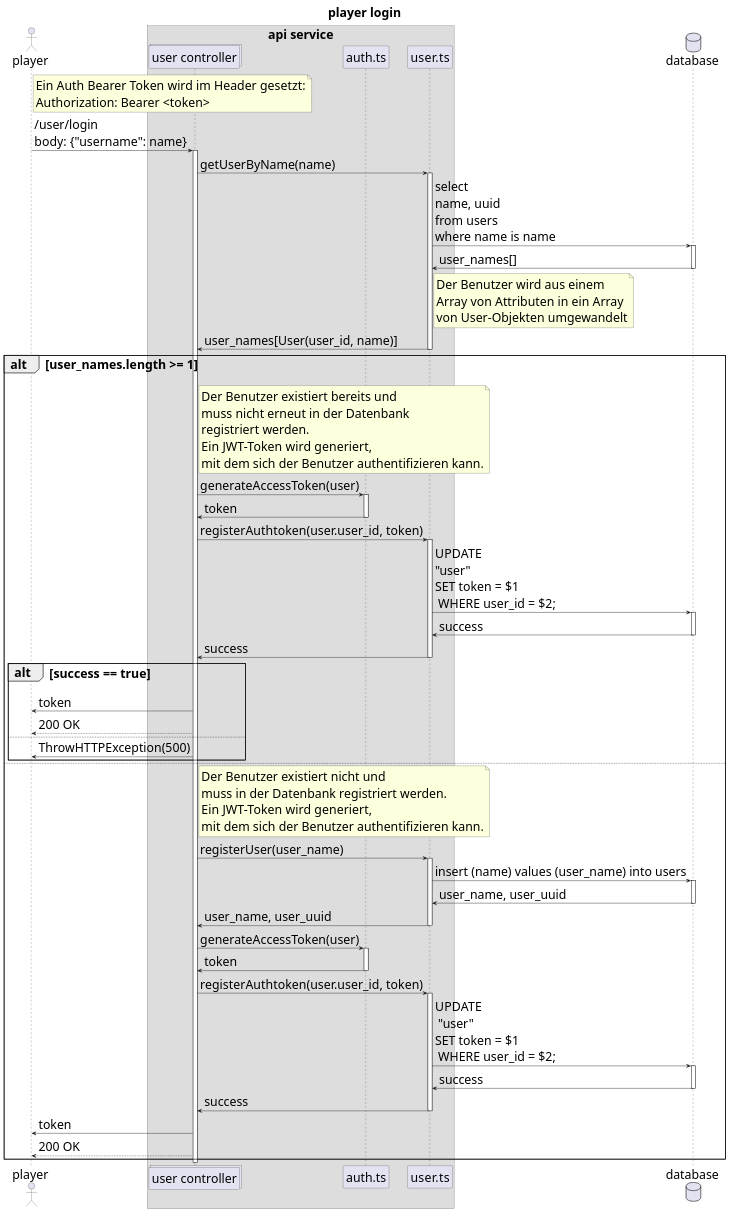
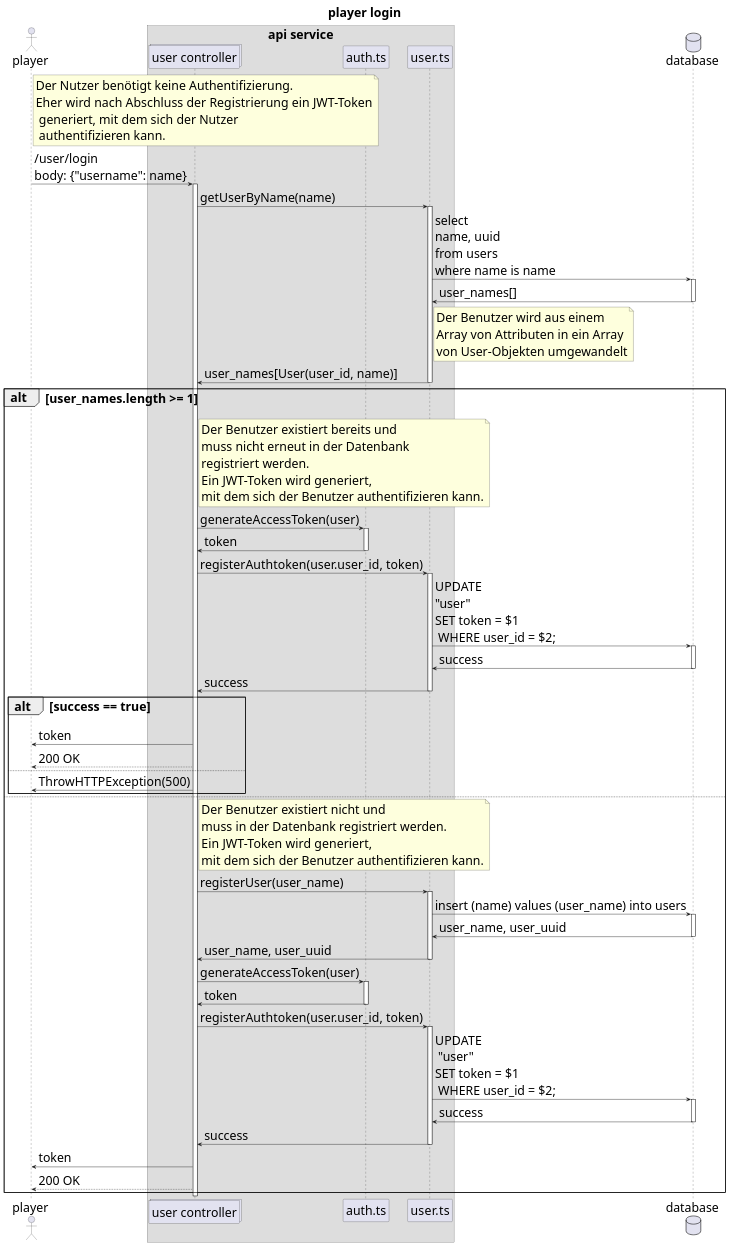
The diagram in Doku/Abbildungen/Sequenzdiagram/login.wsd (Maytastico/trash-pong), drawn with PlantUML before and after one commit. The commit also changed 4 other files, not shown here.

```diff
--- a/Doku/Abbildungen/Sequenzdiagram/login.wsd
+++ b/Doku/Abbildungen/Sequenzdiagram/login.wsd
@@ -1,77 +1,77 @@
 @startuml
 title player login
 skinparam defaultFontSize 30
 skinparam componentFontSize 30
 skinparam actorFontSize 30
 skinparam noteFontSize 30
 skinparam sequenceParticipantFontSize 30
 skinparam sequenceMessageFontSize 30
 skinparam titleFontSize 30
 actor player
 box "api service"
 collections "user controller" as ps
 participant "auth.ts" as sess
 participant "user.ts" as usr 
 end box
 database database as db
 
-note right of player: Ein Auth Bearer Token wird im Header gesetzt:\nAuthorization: Bearer <token>
+note right of player: Der Nutzer benötigt keine Authentifizierung. \nEher wird nach Abschluss der Registrierung ein JWT-Token\n generiert, mit dem sich der Nutzer\n authentifizieren kann.
 player -> ps: /user/login\nbody: {"username": name}
 activate ps
 ps -> usr: getUserByName(name)
 activate usr
 usr -> db: select \nname, uuid \nfrom users \nwhere name is name
 activate db
 db -> usr: user_names[]
 note right of usr: Der Benutzer wird aus einem\nArray von Attributen in ein Array\nvon User-Objekten umgewandelt
 deactivate db
 usr -> ps: user_names[User(user_id, name)]
 deactivate usr
 
 alt user_names.length >= 1
     note right of ps: Der Benutzer existiert bereits und\nmuss nicht erneut in der Datenbank\nregistriert werden.\nEin JWT-Token wird generiert,\nmit dem sich der Benutzer authentifizieren kann.
     ps -> sess: generateAccessToken(user)
     activate sess
     sess -> ps: token
     deactivate sess
     ps -> usr: registerAuthtoken(user.user_id, token)
     activate usr
     usr -> db: UPDATE \n"user" \nSET token = $1 \n WHERE user_id = $2;
     activate db
     db -> usr: success
     deactivate db
     usr -> ps: success
     deactivate usr
     alt success == true
         ps -> player: token
         player <-- ps: 200 OK
     else
         ps -> player: ThrowHTTPException(500)
     end
 else
 note right of ps: Der Benutzer existiert nicht und\nmuss in der Datenbank registriert werden.\nEin JWT-Token wird generiert,\nmit dem sich der Benutzer authentifizieren kann.
     ps -> usr: registerUser(user_name)
     activate usr
     usr -> db: insert (name) values (user_name) into users
     activate db
     db -> usr: user_name, user_uuid
     deactivate db
     usr -> ps: user_name, user_uuid
     deactivate usr
     ps -> sess: generateAccessToken(user)
     activate sess
     sess -> ps: token
     deactivate sess
     ps -> usr: registerAuthtoken(user.user_id, token)
     activate usr
     usr -> db: UPDATE\n "user" \nSET token = $1\n WHERE user_id = $2;
     activate db
     db -> usr: success
     deactivate db
     usr -> ps: success
     deactivate usr
     ps -> player: token
     player <-- ps: 200 OK
 end
 
 @enduml
```
